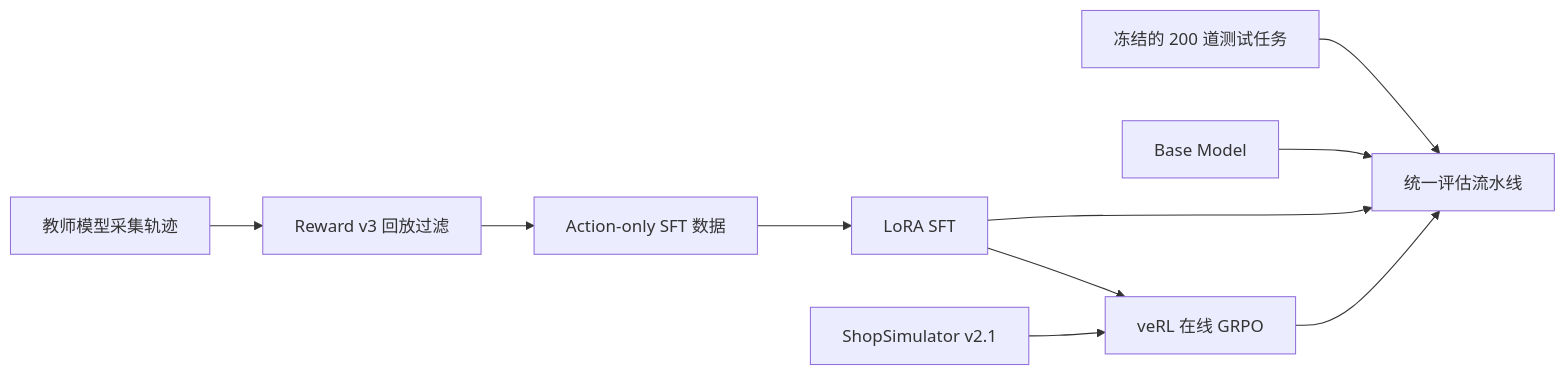
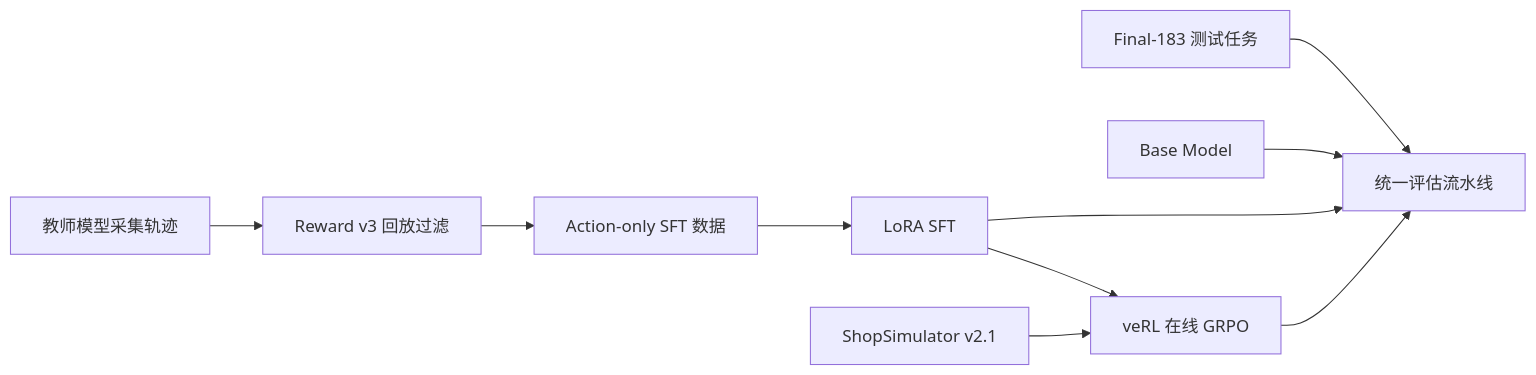
One commit to YYHDBL/shopping-grpo-longhorizon changed the first of 2 diagrams in README.md. Above: the diagram before and after it, drawn with Mermaid. The commit also changed other lines of this file and 23 other files, not shown here.

````diff
--- a/README.md
+++ b/README.md
@@ -52,12 +52,12 @@
 ```mermaid
 flowchart LR
     A[教师模型采集轨迹] --> B[Reward v3 回放过滤]
     B --> C[Action-only SFT 数据]
     C --> D[LoRA SFT]
     D --> E[veRL 在线 GRPO]
     F[ShopSimulator v2.1] --> E
-    G[冻结的 200 道测试任务] --> H[统一评估流水线]
+    G[Final-183 测试任务] --> H[统一评估流水线]
     I[Base Model] --> H
     D --> H
     E --> H
 ```
````
